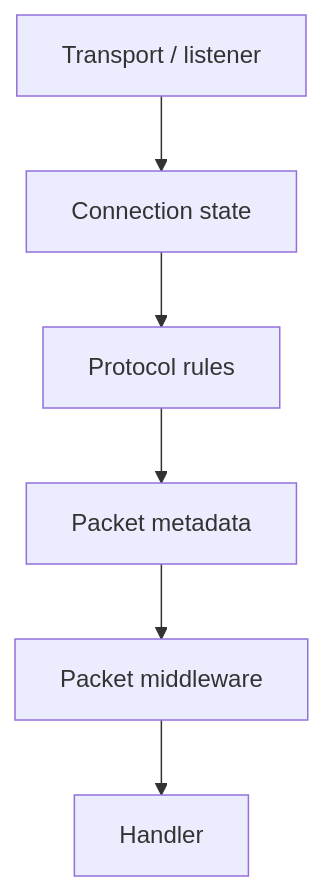
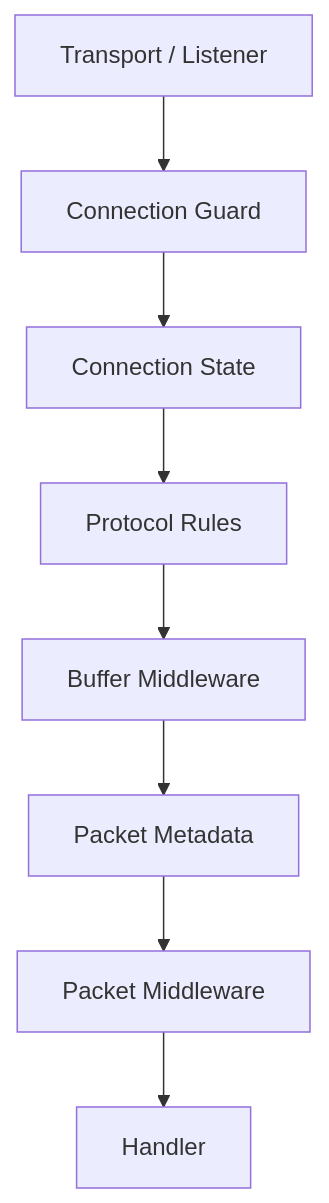
The diagram in docs/concepts/security-model.md (ppn-systems/Nalix), drawn with Mermaid before and after one commit. The commit also changed other lines of this file and 75 other files, not shown here.

````diff
--- a/docs/concepts/security-model.md
+++ b/docs/concepts/security-model.md
@@ -23,8 +9,10 @@
 ```mermaid
 flowchart TD
-    A["Transport / listener"] --> B["Connection state"]
-    B --> C["Protocol rules"]
-    C --> D["Packet metadata"]
-    D --> E["Packet middleware"]
-    E --> F["Handler"]
+    A["Transport / Listener"] --> B["Connection Guard"]
+    B --> C["Connection State"]
+    C --> D["Protocol Rules"]
+    D --> E["Buffer Middleware"]
+    E --> F["Packet Metadata"]
+    F --> G["Packet Middleware"]
+    G --> H["Handler"]
 ```
````
